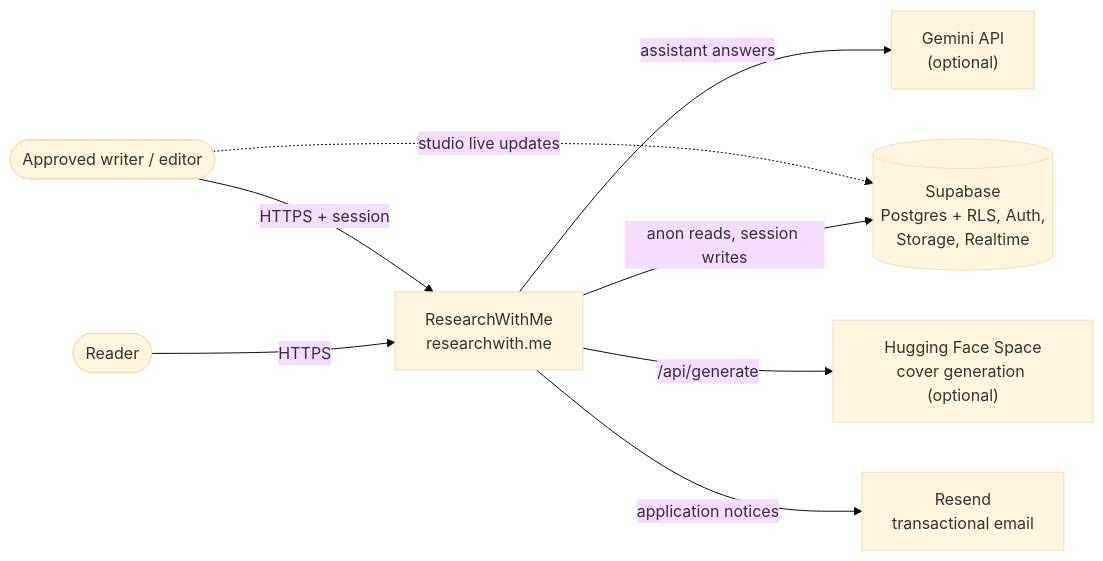
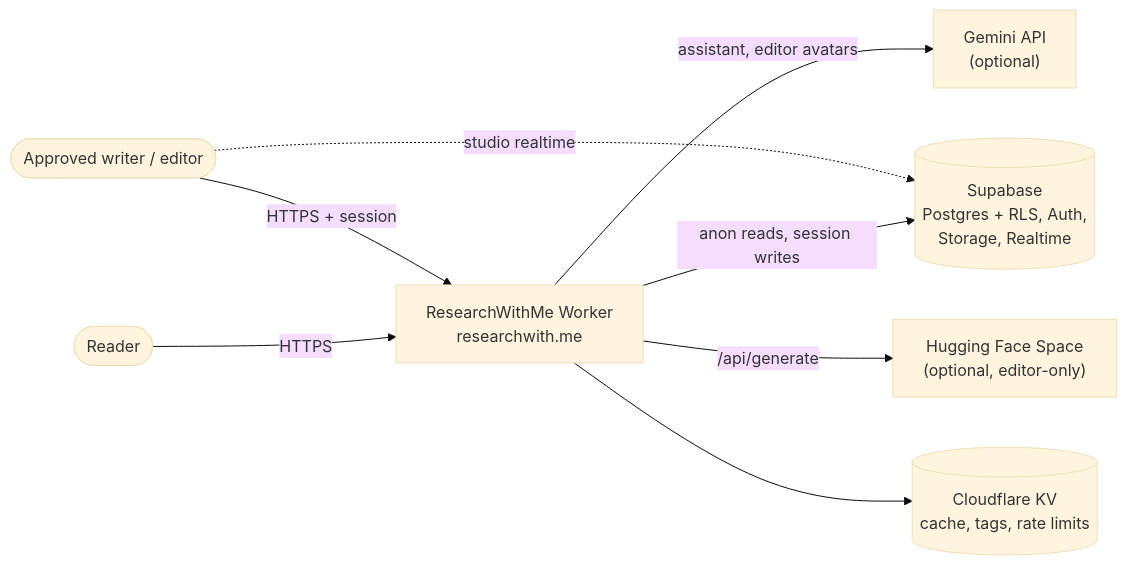
The diagram in docs/codebase/ARCHITECTURE.md (myself-aas/ResearchWithME), drawn with Mermaid (base theme) before and after one commit. The commit also changed other lines of this file and 7 other files, not shown here.

````diff
--- a/docs/codebase/ARCHITECTURE.md
+++ b/docs/codebase/ARCHITECTURE.md
@@ -161,18 +109,18 @@
 ```mermaid
 flowchart LR
     reader([Reader])
     writer([Approved writer / editor])
-    platform["ResearchWithMe<br/>researchwith.me"]
+    platform["ResearchWithMe Worker<br/>researchwith.me"]
     supabase[("Supabase<br/>Postgres + RLS, Auth,<br/>Storage, Realtime")]
     gemini["Gemini API<br/>(optional)"]
-    hf["Hugging Face Space<br/>cover generation (optional)"]
-    resend["Resend<br/>transactional email"]
+    hf["Hugging Face Space<br/>(optional, editor-only)"]
+    kv[("Cloudflare KV<br/>cache, tags, rate limits")]
 
     reader -->|HTTPS| platform
     writer -->|HTTPS + session| platform
     platform -->|anon reads, session writes| supabase
-    platform -->|assistant answers| gemini
+    platform -->|assistant, editor avatars| gemini
     platform -->|/api/generate| hf
-    platform -->|application notices| resend
-    writer -.->|studio live updates| supabase
+    platform --> kv
+    writer -.->|studio realtime| supabase
 ```
````
